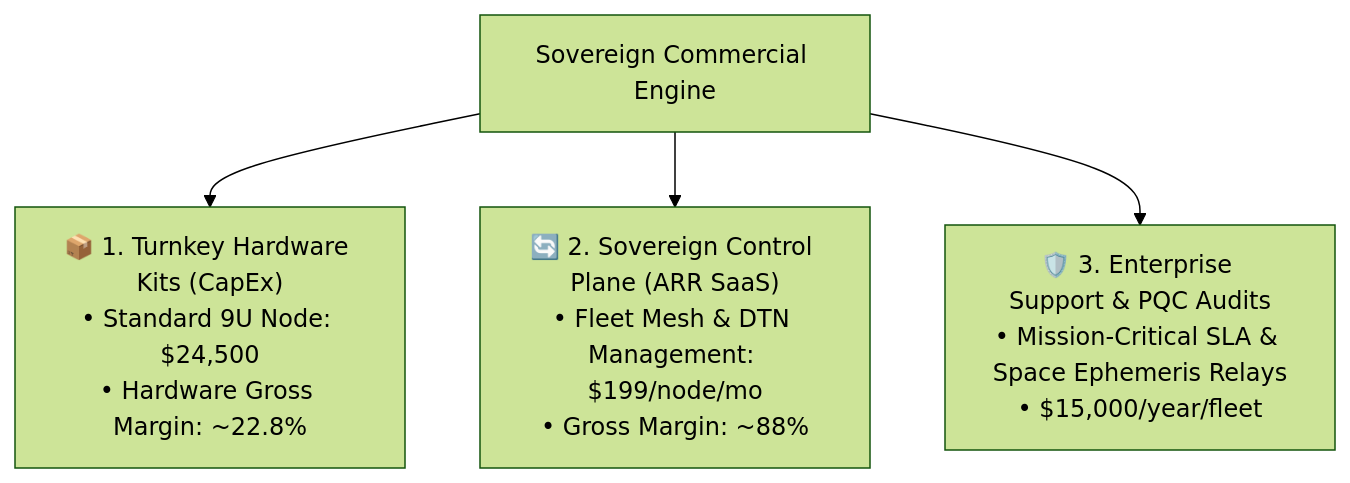
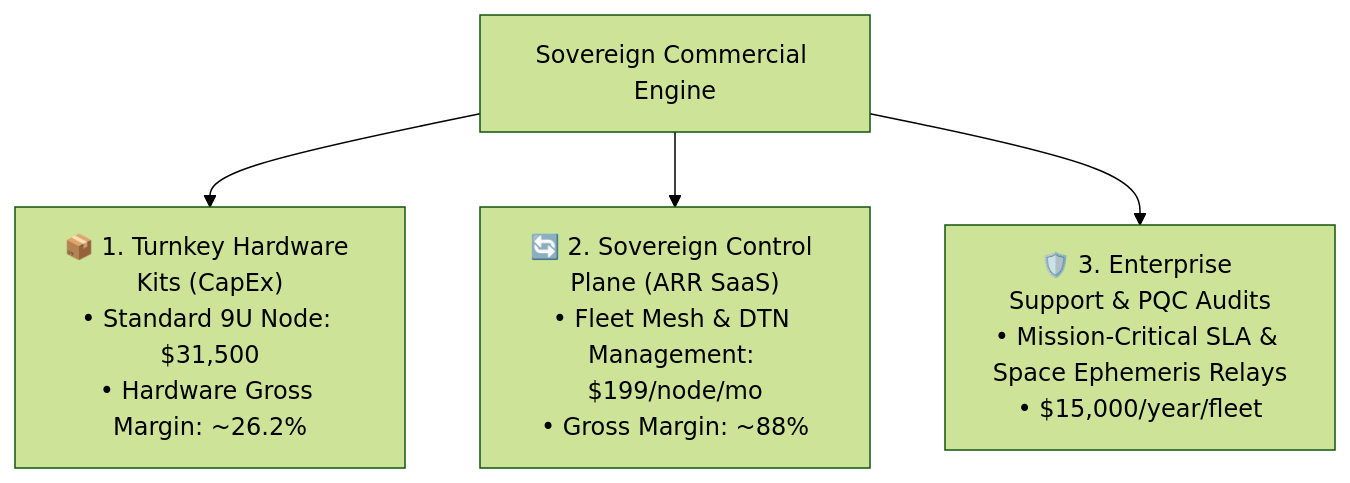
The third of 5 diagrams in COMMERCIALIZATION.md (iliachry/sovereign-mini-datacenter), drawn with Mermaid (forest theme) before and after one commit. The commit also changed other lines of this file and 12 other files, not shown here.

````diff
--- a/COMMERCIALIZATION.md
+++ b/COMMERCIALIZATION.md
@@ -77,8 +77,8 @@
 ```mermaid
 flowchart TD
     SMDC["Sovereign Commercial Engine"]
     
-    SMDC --> H["📦 1. Turnkey Hardware Kits (CapEx)<br/>• Standard 9U Node: $24,500<br/>• Hardware Gross Margin: ~22.8%"]
+    SMDC --> H["📦 1. Turnkey Hardware Kits (CapEx)<br/>• Standard 9U Node: $31,500<br/>• Hardware Gross Margin: ~26.2%"]
     SMDC --> S["🔄 2. Sovereign Control Plane (ARR SaaS)<br/>• Fleet Mesh & DTN Management: $199/node/mo<br/>• Gross Margin: ~88%"]
     SMDC --> E["🛡️ 3. Enterprise Support & PQC Audits<br/>• Mission-Critical SLA & Space Ephemeris Relays<br/>• $15,000/year/fleet"]
 ```
````
